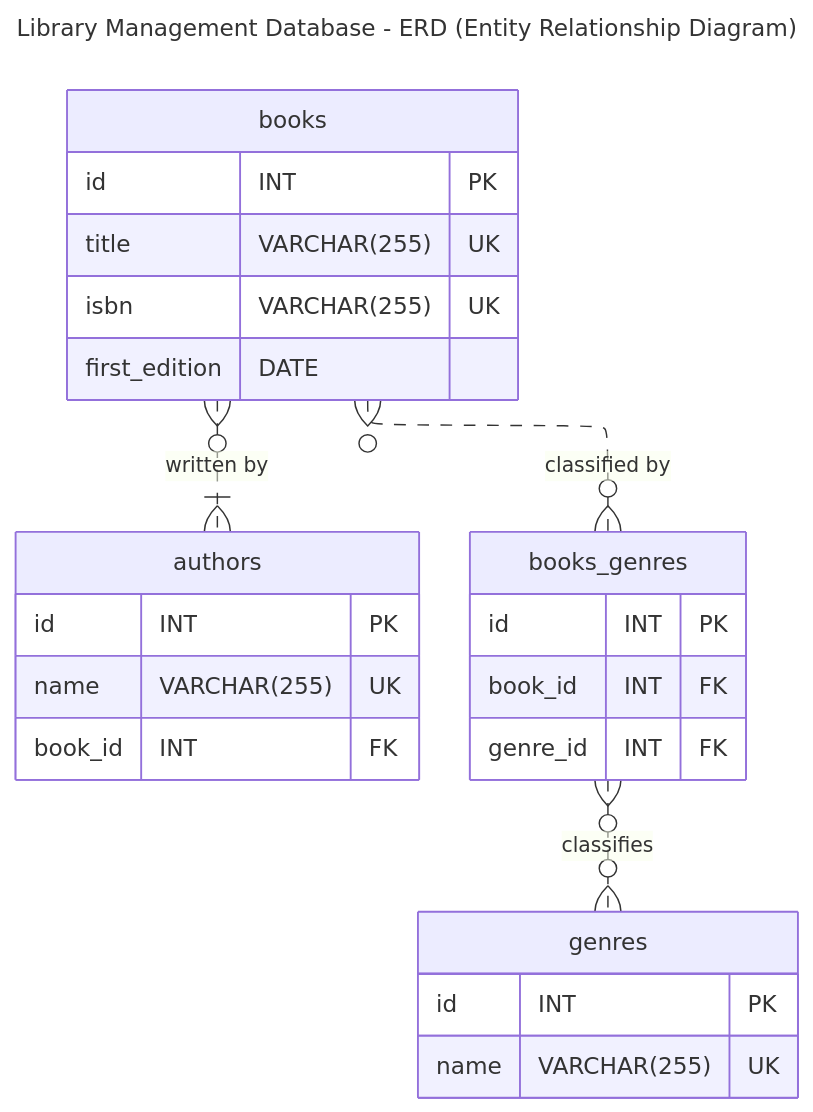
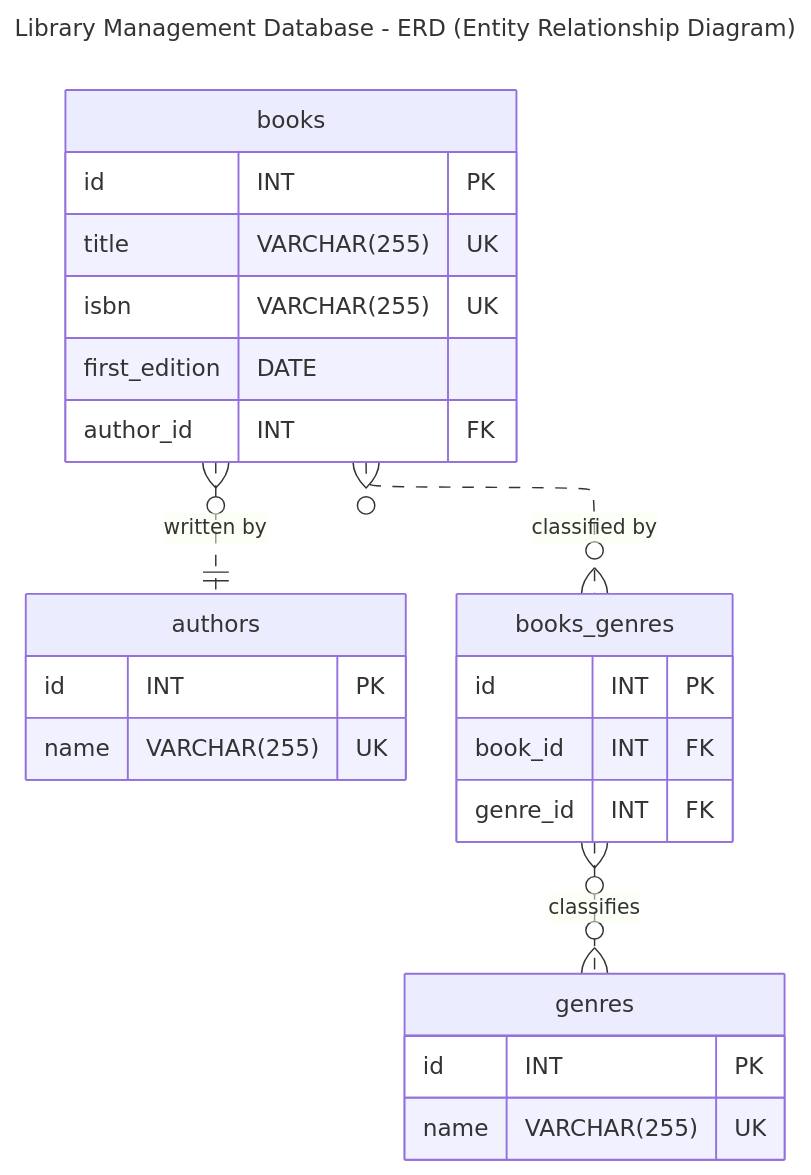
Before and after one commit to ebouchut-laplateforme/sql-lab-library-schema: the diagram in README.md, drawn with Mermaid. The commit also changed other lines of this file and 1 other file, not shown here.

Commit message:
feat(database): Create a many-to-one relationship: many books --> one  author
Fix #1

````diff
--- a/README.md
+++ b/README.md
@@ -53,33 +53,33 @@
 ```mermaid
 ---
 title: Library Management Database - ERD (Entity Relationship Diagram)
 config:
     layout: elk
 ---
 erDiagram
 
     books {
         id                 INT            PK
         title              VARCHAR(255)   UK
         isbn               VARCHAR(255)   UK
         first_edition      DATE              
+        author_id          INT            FK
     }
     authors {
         id                 INT            PK
         name               VARCHAR(255)   UK
-        book_id            INT            FK
     }
     genres {
         id                 INT            PK
         name               VARCHAR(255)   UK
     }
     books_genres {
         id                 INT            PK
         book_id            INT            FK
         genre_id           INT            FK
     }
 
-    books        }o..|{ authors        : "written by"
+    books        }o..|| authors        : "written by"
     books        }o..o{ books_genres   : "classified by"
     books_genres }o..o{ genres         : "classifies"
 ```
````
